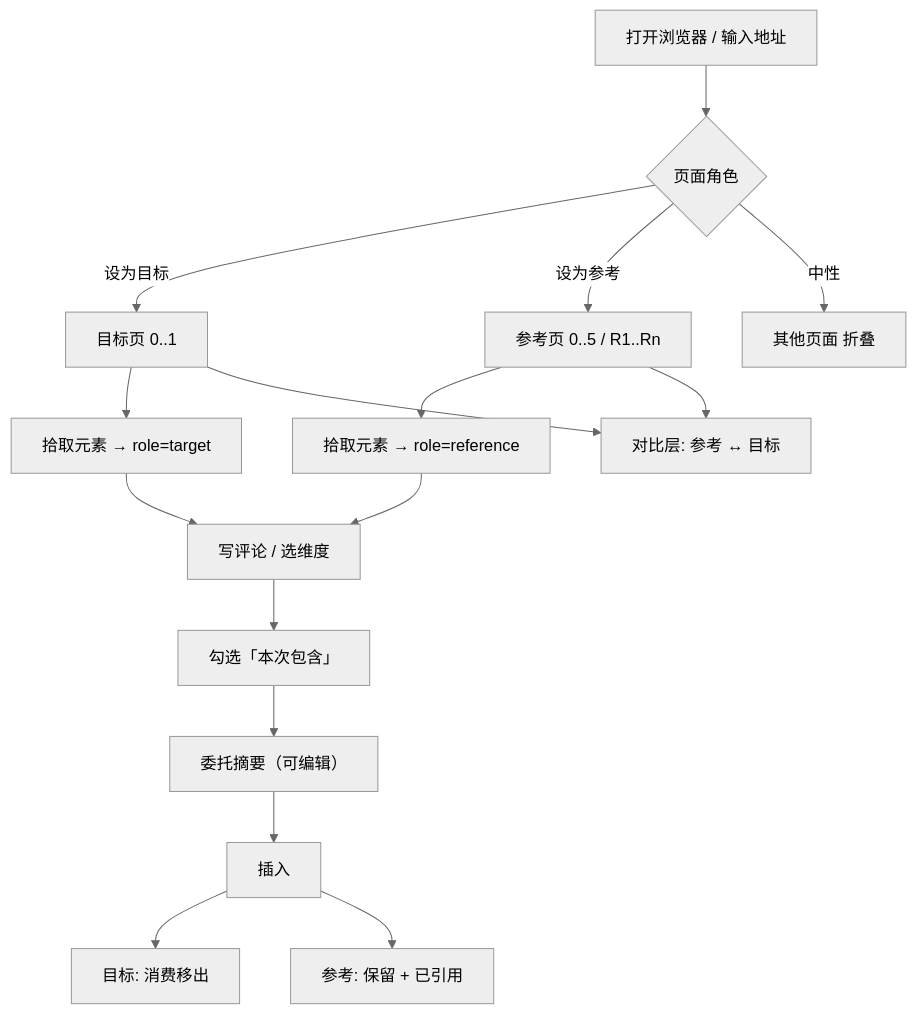
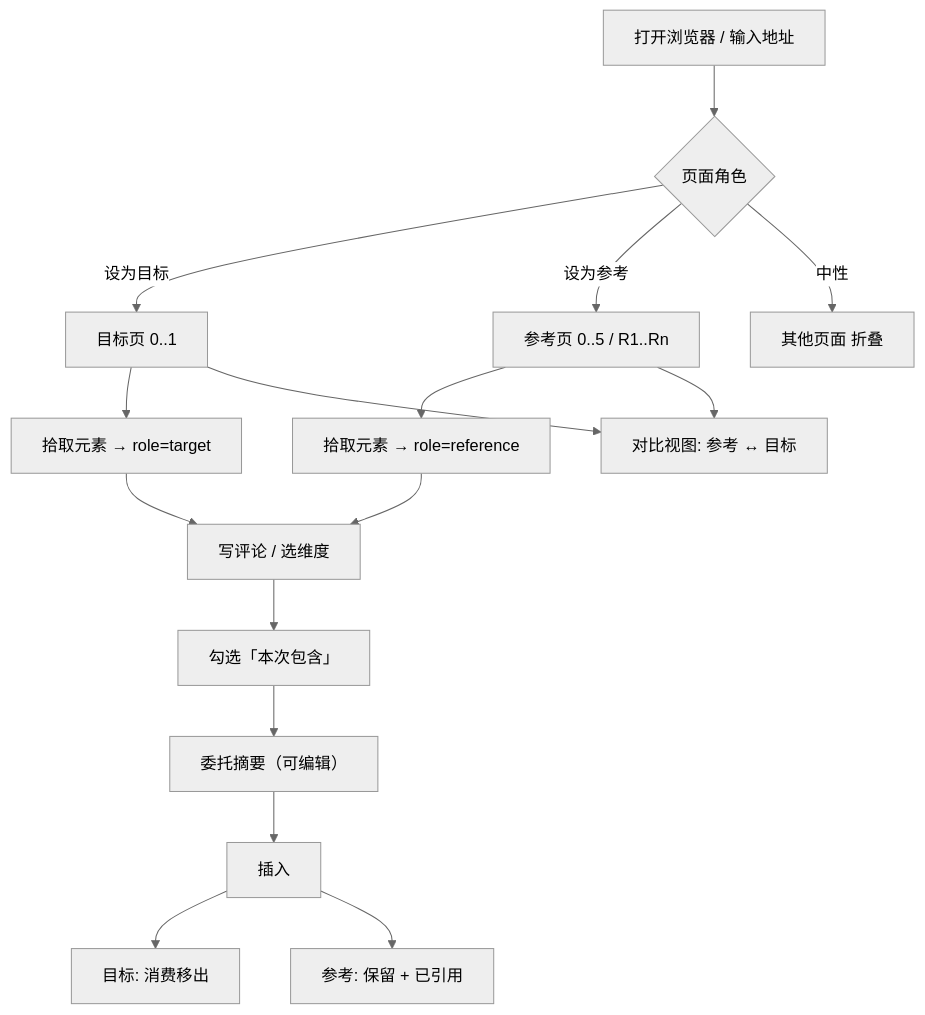
One commit to ZhongqiXiao/dsh-annotator changed the first of 2 diagrams in docs/reference-mode.md. Above: the diagram before and after it, drawn with Mermaid (neutral theme). The commit also changed other lines of this file and 3 other files, not shown here.

Commit message:
fix: 对比改为侧边栏内视图切换，不再弹全屏层

````diff
--- a/docs/reference-mode.md
+++ b/docs/reference-mode.md
@@ -43,18 +44,18 @@
 ```mermaid
 flowchart TD
   A[打开浏览器 / 输入地址] --> B{页面角色}
   B -->|设为目标| C[目标页 0..1]
   B -->|设为参考| D[参考页 0..5 / R1..Rn]
   B -->|中性| E[其他页面 折叠]
   C --> F[拾取元素 → role=target]
   D --> G[拾取元素 → role=reference]
   F --> H[写评论 / 选维度]
   G --> H
   H --> I[勾选「本次包含」]
   I --> J[委托摘要（可编辑）]
   J --> K[插入]
   K --> L[目标: 消费移出]
   K --> M[参考: 保留 + 已引用]
-  D --> N[对比层: 参考 ↔ 目标]
+  D --> N[对比视图: 参考 ↔ 目标]
   C --> N
 ```
````
